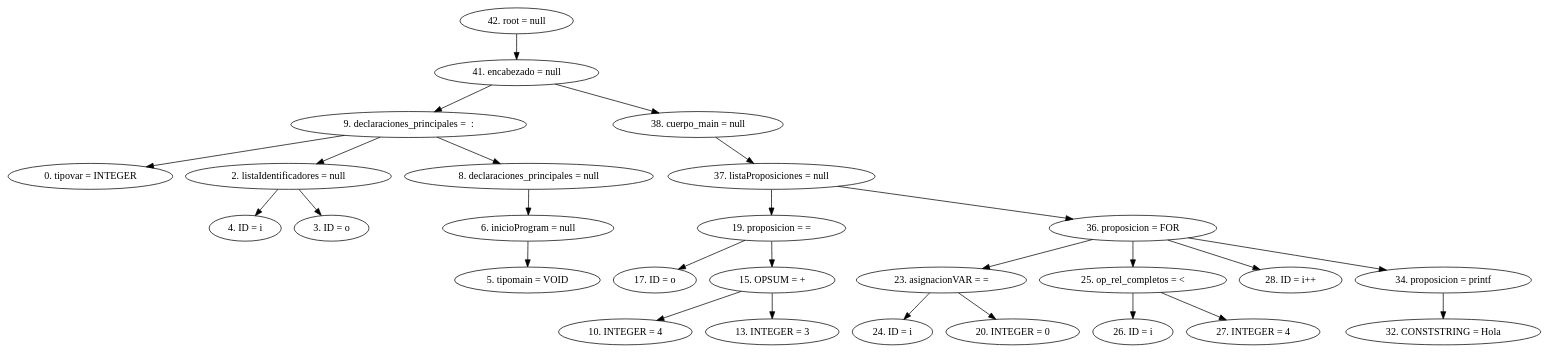
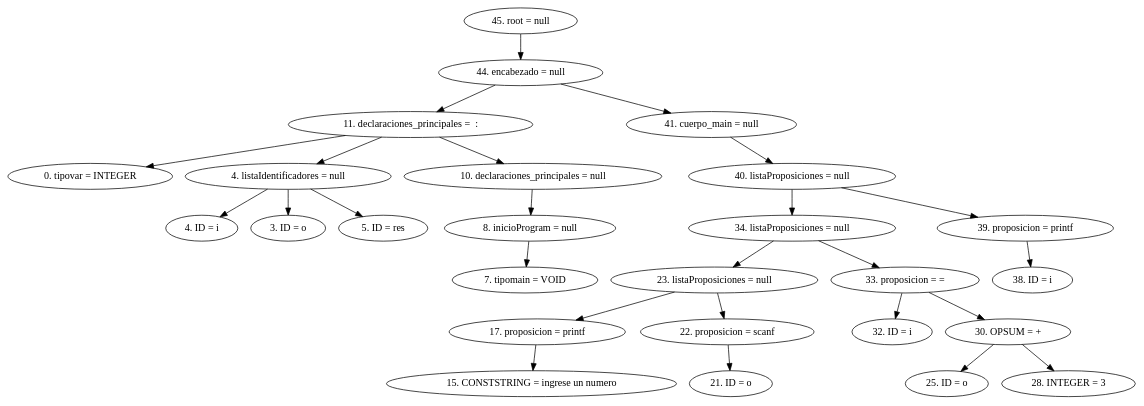
One commit to Luigy08/mini-c changed the diagram in src/AST.dot. Above: the diagram before and after it, drawn with Graphviz. The commit also changed 5 other files, not shown here.

```diff
--- a/src/AST.dot
+++ b/src/AST.dot
@@ -1,30 +1,29 @@
 digraph G {
-"42. root = null"->"41. encabezado = null"
-"41. encabezado = null"->"9. declaraciones_principales =  : "
-"9. declaraciones_principales =  : "->"0. tipovar = INTEGER"
-"9. declaraciones_principales =  : "->"2. listaIdentificadores = null"
-"2. listaIdentificadores = null"->"4. ID = i"
-"2. listaIdentificadores = null"->"3. ID = o"
-"9. declaraciones_principales =  : "->"8. declaraciones_principales = null"
-"8. declaraciones_principales = null"->"6. inicioProgram = null"
-"6. inicioProgram = null"->"5. tipomain = VOID"
-"41. encabezado = null"->"38. cuerpo_main = null"
-"38. cuerpo_main = null"->"37. listaProposiciones = null"
-"37. listaProposiciones = null"->"19. proposicion = ="
-"19. proposicion = ="->"17. ID = o"
-"19. proposicion = ="->"15. OPSUM = +"
-"15. OPSUM = +"->"10. INTEGER = 4"
-"15. OPSUM = +"->"13. INTEGER = 3"
-"37. listaProposiciones = null"->"36. proposicion = FOR"
-"36. proposicion = FOR"->"23. asignacionVAR = ="
-"23. asignacionVAR = ="->"24. ID = i"
-"23. asignacionVAR = ="->"20. INTEGER = 0"
-"36. proposicion = FOR"->"25. op_rel_completos = <"
-"25. op_rel_completos = <"->"26. ID = i"
-"25. op_rel_completos = <"->"27. INTEGER = 4"
-"36. proposicion = FOR"->"28. ID = i++"
-"36. proposicion = FOR"->"34. proposicion = printf"
-"34. proposicion = printf"->"32. CONSTSTRING = Hola"
+"45. root = null"->"44. encabezado = null"
+"44. encabezado = null"->"11. declaraciones_principales =  : "
+"11. declaraciones_principales =  : "->"0. tipovar = INTEGER"
+"11. declaraciones_principales =  : "->"4. listaIdentificadores = null"
+"4. listaIdentificadores = null"->"4. ID = i"
+"4. listaIdentificadores = null"->"3. ID = o"
+"4. listaIdentificadores = null"->"5. ID = res"
+"11. declaraciones_principales =  : "->"10. declaraciones_principales = null"
+"10. declaraciones_principales = null"->"8. inicioProgram = null"
+"8. inicioProgram = null"->"7. tipomain = VOID"
+"44. encabezado = null"->"41. cuerpo_main = null"
+"41. cuerpo_main = null"->"40. listaProposiciones = null"
+"40. listaProposiciones = null"->"34. listaProposiciones = null"
+"34. listaProposiciones = null"->"23. listaProposiciones = null"
+"23. listaProposiciones = null"->"17. proposicion = printf"
+"17. proposicion = printf"->"15. CONSTSTRING = ingrese un numero"
+"23. listaProposiciones = null"->"22. proposicion = scanf"
+"22. proposicion = scanf"->"21. ID = o"
+"34. listaProposiciones = null"->"33. proposicion = ="
+"33. proposicion = ="->"32. ID = i"
+"33. proposicion = ="->"30. OPSUM = +"
+"30. OPSUM = +"->"25. ID = o"
+"30. OPSUM = +"->"28. INTEGER = 3"
+"40. listaProposiciones = null"->"39. proposicion = printf"
+"39. proposicion = printf"->"38. ID = i"
 
 
 }
```
